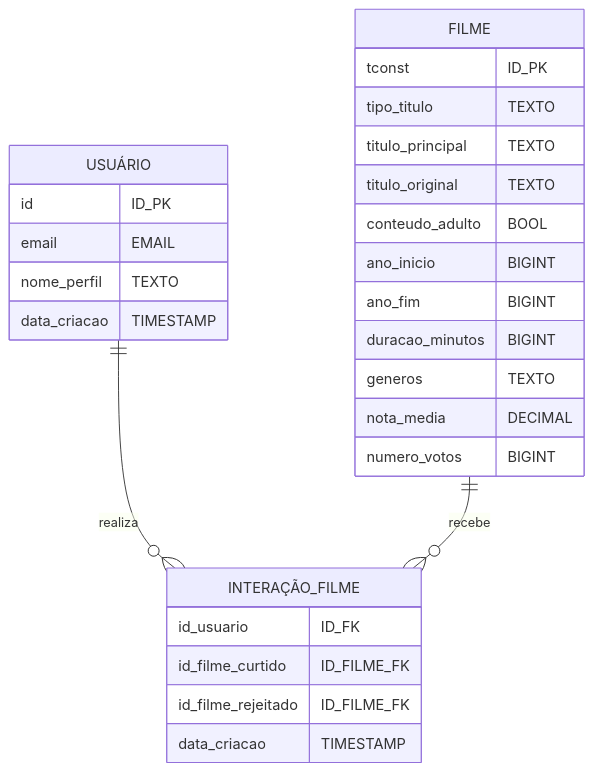
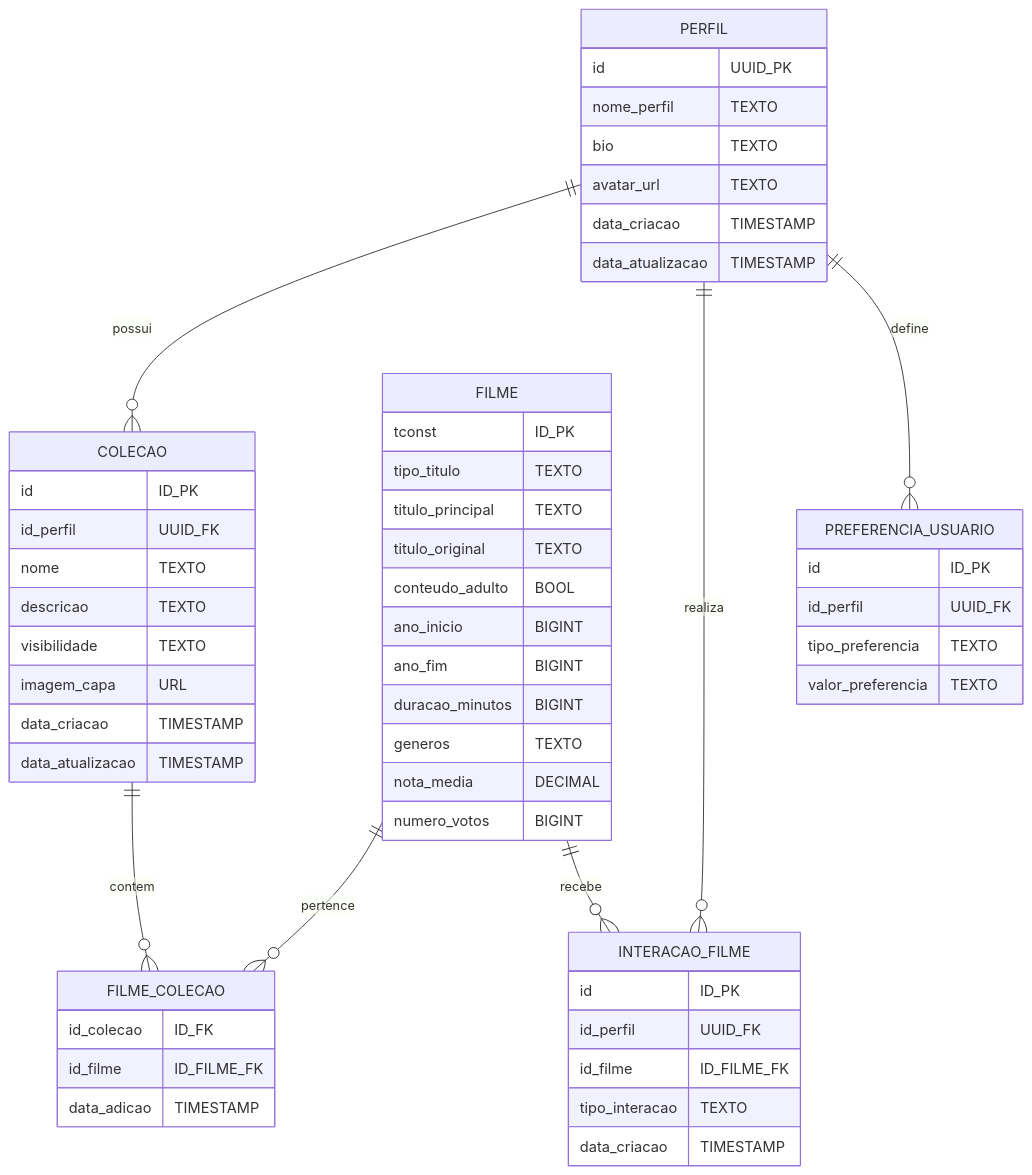
The diagram in DOCUMENTACAO_BANCO_DE_DADOS.md (Reelstack/reelstack), drawn with Mermaid before and after one commit. The commit also changed other lines of this file, not shown here.

First line of the commit message:
Update database documentation with new schema

````diff
--- a/DOCUMENTACAO_BANCO_DE_DADOS.md
+++ b/DOCUMENTACAO_BANCO_DE_DADOS.md
@@ -101,33 +101,65 @@
 ```mermaid
 erDiagram
-    USUÁRIO ||--o{ INTERAÇÃO_FILME : realiza
-    FILME ||--o{ INTERAÇÃO_FILME : recebe
+    PERFIL ||--o{ COLECAO : possui
+    COLECAO ||--o{ FILME_COLECAO : contem
+    FILME ||--o{ FILME_COLECAO : pertence
+    PERFIL ||--o{ INTERACAO_FILME : realiza
+    FILME ||--o{ INTERACAO_FILME : recebe
+    PERFIL ||--o{ PREFERENCIA_USUARIO : define
 
-    USUÁRIO {
+    PERFIL {
+        id UUID_PK
+        nome_perfil TEXTO
+        bio TEXTO
+        avatar_url TEXTO
+        data_criacao TIMESTAMP
+        data_atualizacao TIMESTAMP
+    }
+
+    COLECAO {
         id ID_PK
-        email EMAIL
-        nome_perfil TEXTO
+        id_perfil UUID_FK
+        nome TEXTO
+        descricao TEXTO
+        visibilidade TEXTO
+        imagem_capa URL
         data_criacao TIMESTAMP
+        data_atualizacao TIMESTAMP
     }
 
     FILME {
         tconst ID_PK
         tipo_titulo TEXTO
         titulo_principal TEXTO
         titulo_original TEXTO
         conteudo_adulto BOOL
         ano_inicio BIGINT
         ano_fim BIGINT
         duracao_minutos BIGINT
         generos TEXTO
         nota_media DECIMAL
         numero_votos BIGINT
     }
 
-    INTERAÇÃO_FILME {
-        id_usuario ID_FK
-        id_filme_curtido ID_FILME_FK
-        id_filme_rejeitado ID_FILME_FK
+    FILME_COLECAO {
+        id_colecao ID_FK
+        id_filme ID_FILME_FK
+        data_adicao TIMESTAMP
+    }
+
+    INTERACAO_FILME {
+        id ID_PK
+        id_perfil UUID_FK
+        id_filme ID_FILME_FK
+        tipo_interacao TEXTO
         data_criacao TIMESTAMP
     }
+
+    PREFERENCIA_USUARIO {
+        id ID_PK
+        id_perfil UUID_FK
+        tipo_preferencia TEXTO
+        valor_preferencia TEXTO
+    }
+
 ```
````
